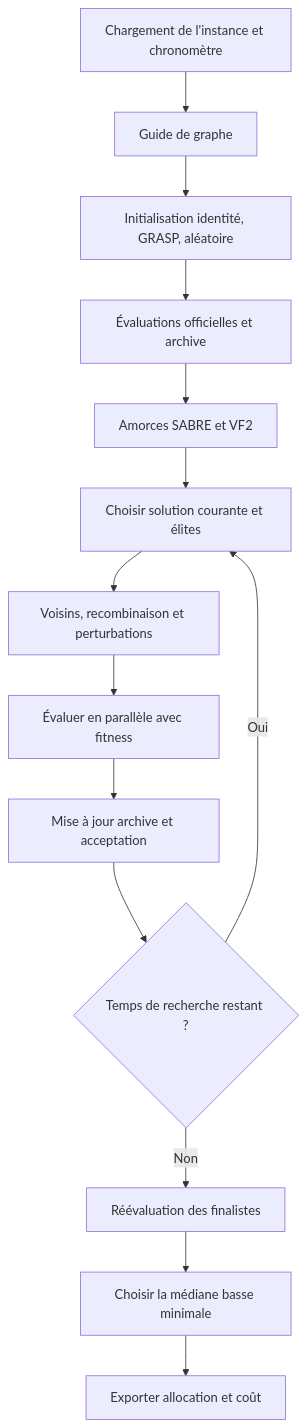
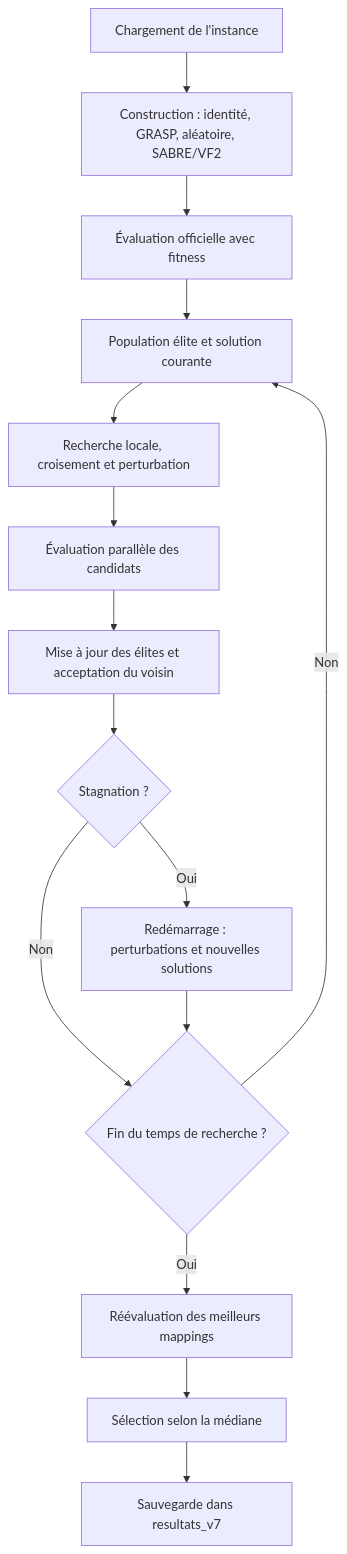
One commit to Redcom94/Projet_Graphes changed the diagram in DOCUMENTATION_V7.md. Above: the diagram before and after it, drawn with Mermaid. The commit also changed other lines of this file, not shown here.

Commit message:
Mise a jour de la version  V7

````diff
--- a/DOCUMENTATION_V7.md
+++ b/DOCUMENTATION_V7.md
@@ -122,16 +17,17 @@
 ```mermaid
 flowchart TD
-    A[Chargement de l'instance et chronomètre] --> B[Guide de graphe]
-    B --> C[Initialisation identité, GRASP, aléatoire]
-    C --> D[Évaluations officielles et archive]
-    D --> E[Amorces SABRE et VF2]
-    E --> F[Choisir solution courante et élites]
-    F --> G[Voisins, recombinaison et perturbations]
-    G --> H[Évaluer en parallèle avec fitness]
-    H --> I[Mise à jour archive et acceptation]
-    I --> J{Temps de recherche restant ?}
-    J -->|Oui| F
-    J -->|Non| K[Réévaluation des finalistes]
-    K --> L[Choisir la médiane basse minimale]
-    L --> M[Exporter allocation et coût]
+    A["Chargement de l'instance"] --> B["Construction : identité, GRASP, aléatoire, SABRE/VF2"]
+    B --> C["Évaluation officielle avec fitness"]
+    C --> D["Population élite et solution courante"]
+    D --> E["Recherche locale, croisement et perturbation"]
+    E --> F["Évaluation parallèle des candidats"]
+    F --> G["Mise à jour des élites et acceptation du voisin"]
+    G --> H{"Stagnation ?"}
+    H -- Oui --> I["Redémarrage : perturbations et nouvelles solutions"]
+    H -- Non --> J{"Fin du temps de recherche ?"}
+    I --> J
+    J -- Non --> D
+    J -- Oui --> K["Réévaluation des meilleurs mappings"]
+    K --> L["Sélection selon la médiane"]
+    L --> M["Sauvegarde dans resultats_v7"]
 ```
````
